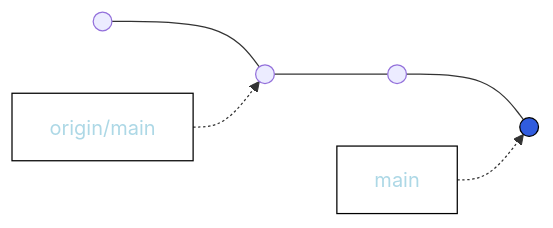
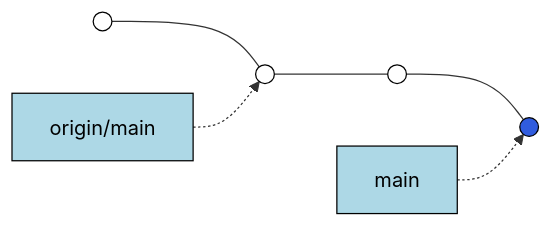
One commit to hpc2n/course-intro-git changed the first of 4 diagrams in docs/teamwork.md. Above: the diagram before and after it, drawn with Mermaid. The commit also changed other lines of this file, not shown here.

Commit message:
Trying to fix a mermaid diagram

````diff
--- a/docs/teamwork.md
+++ b/docs/teamwork.md
@@ -75,17 +75,20 @@
 ```mermaid
 graph LR
   A((" "))
+  style A fill:#ffffff,stroke:#000000,color:#ffffff
   origin["origin/main"]
-  style origin fill:#ffffff,stroke:#000000,color:#add8e6
+  style origin fill:#add8e6,stroke:#000000,color:#000000
   B((" "))
+  style B fill:#ffffff,stroke:#000000,color:#ffffff
   C((" "))
+  style C fill:#ffffff,stroke:#000000,color:#ffffff
   main["main"]
-  style main fill:#ffffff,stroke:#000000,color:#add8e6
+  style main fill:#add8e6,stroke:#000000,color:#000000
   D((" "))
   style D fill:#305cde,stroke:#000000,color:#305cde
   A --- B
   origin -.-> B
   B --- C 
   C --- D 
   main -.-> D 
 ```
````
